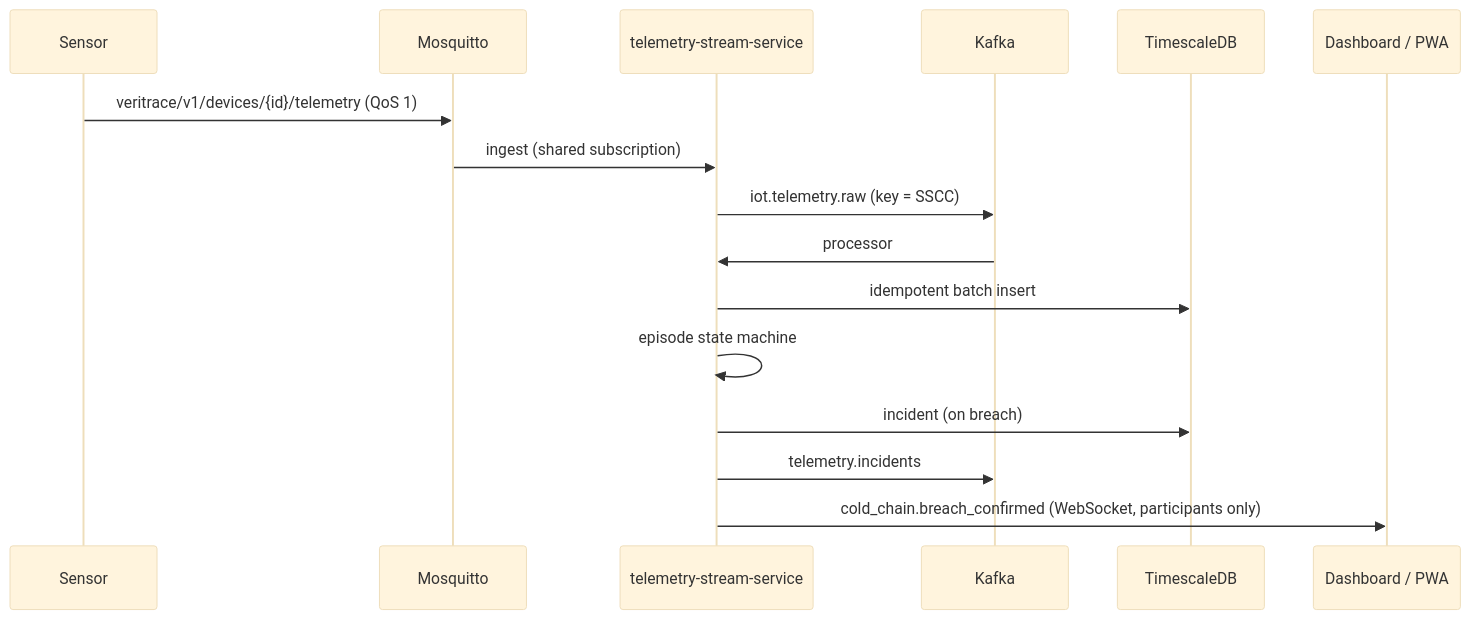
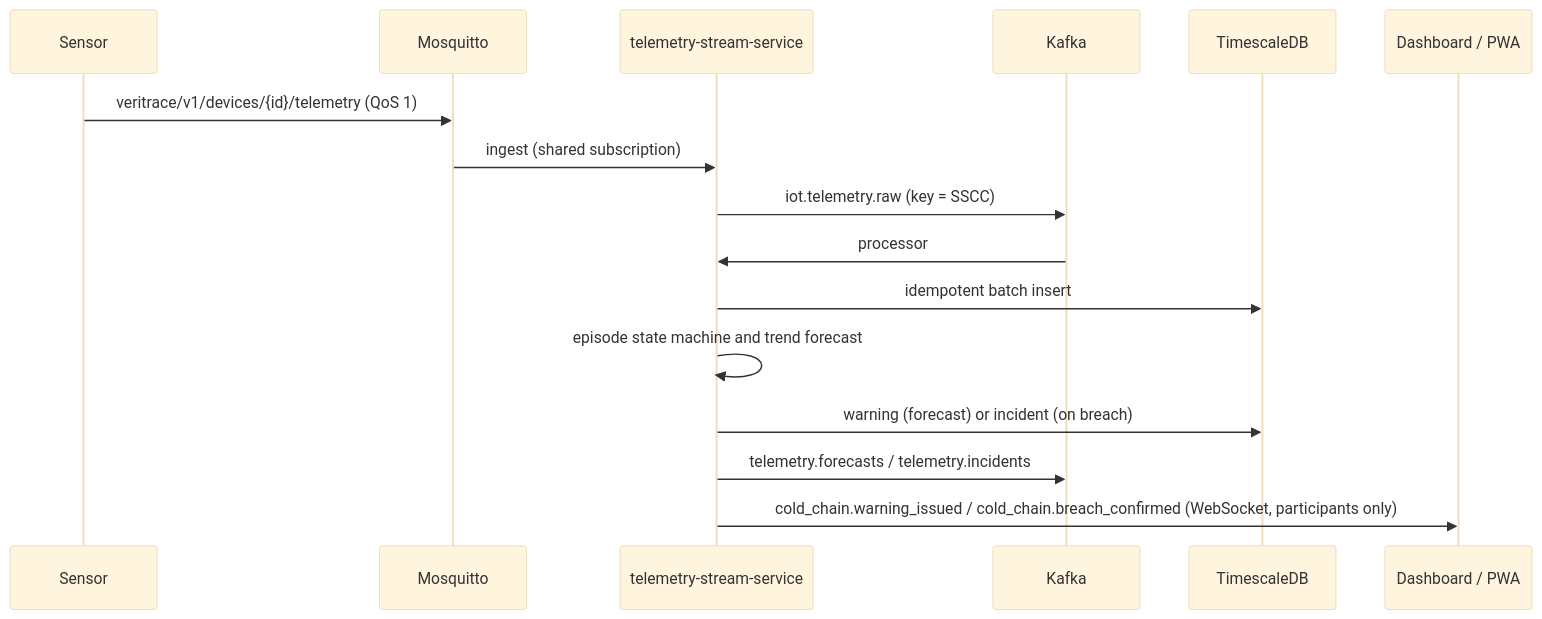
One commit to veritrace-platform/veritrace changed the third of 3 diagrams in docs/architecture/overview.md. Above: the diagram before and after it, drawn with Mermaid (base theme). The commit also changed other lines of this file and 13 other files, not shown here.

````diff
--- a/docs/architecture/overview.md
+++ b/docs/architecture/overview.md
@@ -103,19 +103,19 @@
 ```mermaid
 sequenceDiagram
     participant S as Sensor
     participant M as Mosquitto
     participant T as telemetry-stream-service
     participant K as Kafka
     participant DB as TimescaleDB
     participant UI as Dashboard / PWA
 
     S->>M: veritrace/v1/devices/{id}/telemetry (QoS 1)
     M->>T: ingest (shared subscription)
     T->>K: iot.telemetry.raw (key = SSCC)
     K->>T: processor
     T->>DB: idempotent batch insert
-    T->>T: episode state machine
-    T->>DB: incident (on breach)
-    T->>K: telemetry.incidents
-    T->>UI: cold_chain.breach_confirmed (WebSocket, participants only)
+    T->>T: episode state machine and trend forecast
+    T->>DB: warning (forecast) or incident (on breach)
+    T->>K: telemetry.forecasts / telemetry.incidents
+    T->>UI: cold_chain.warning_issued / cold_chain.breach_confirmed (WebSocket, participants only)
 ```
````
